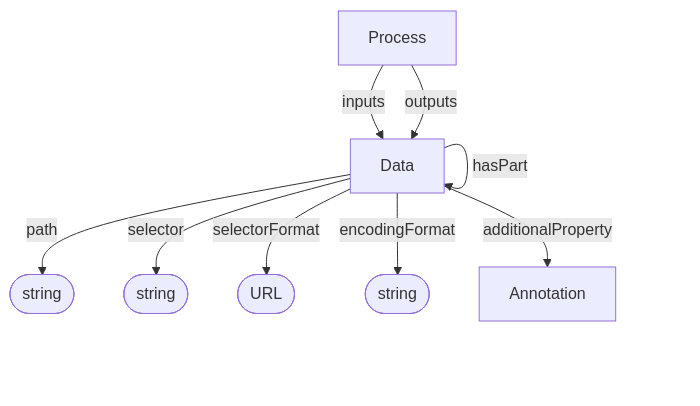
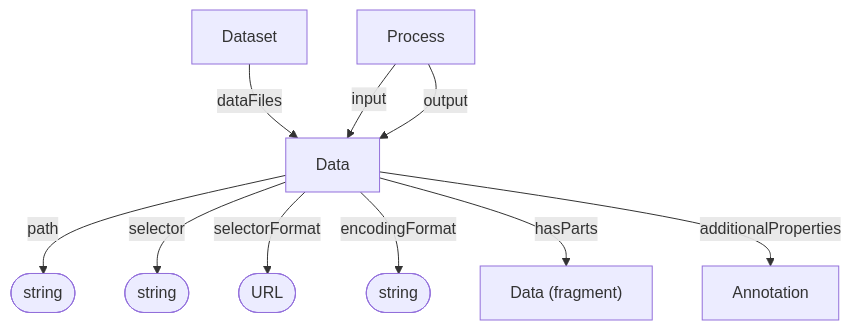
Before and after one commit to HLWeil/ARC-base-model: the diagram in docs/spec/process_provenance/Data.md, drawn with Mermaid. The commit also changed other lines of this file and 1 other file, not shown here.

Commit message:
docs: clarify data cardinalities and fragment paths

````diff
--- a/docs/spec/process_provenance/Data.md
+++ b/docs/spec/process_provenance/Data.md
@@ -30,17 +32,19 @@
 ```mermaid
 flowchart TD
 
     pa@{ shape: stadium, label: "string" }
     se@{ shape: stadium, label: "string" }
     sf@{ shape: stadium, label: "URL" }
     ef@{ shape: stadium, label: "string" }
+    part["Data (fragment)"]
 
-    Process --inputs--> Data
-    Process --"outputs"--> Data
+    Dataset --dataFiles--> Data
+    Process --input--> Data
+    Process --"output"--> Data
     Data --path--> pa
     Data --selector--> se
     Data --selectorFormat--> sf
     Data --encodingFormat--> ef
-    Data --hasPart--> Data
-    Data --additionalProperty--> Annotation
+    Data --hasParts--> part
+    Data --additionalProperties--> Annotation
 ```
````
